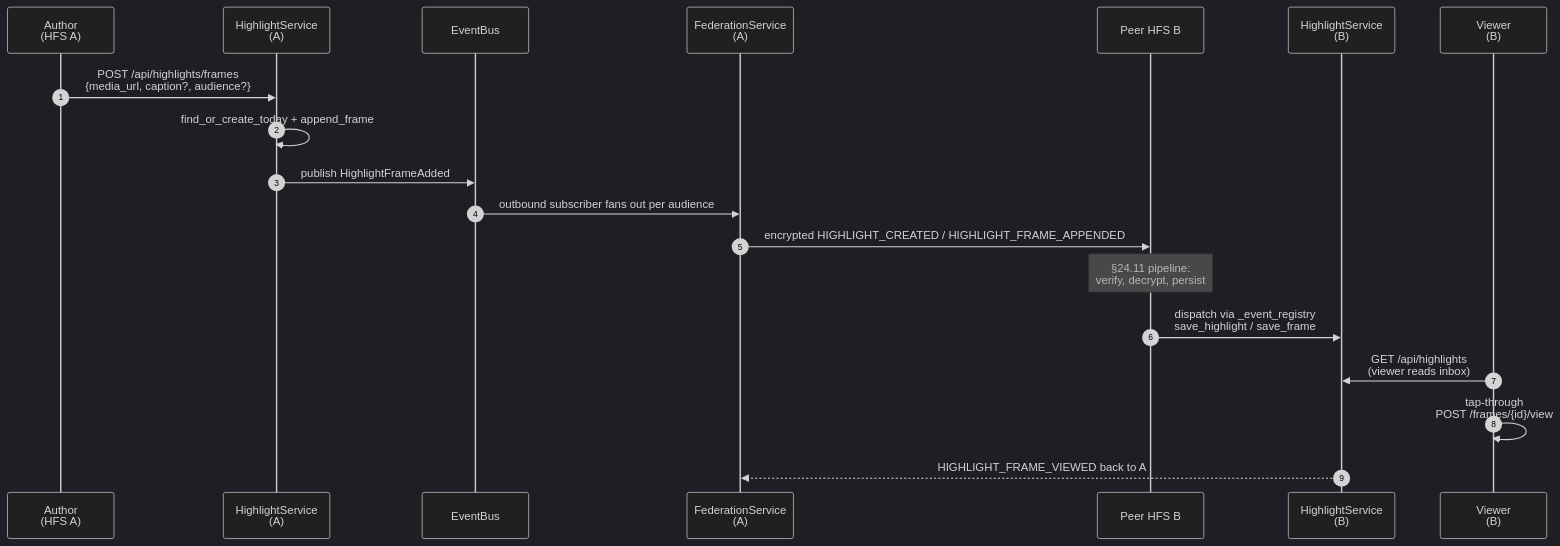
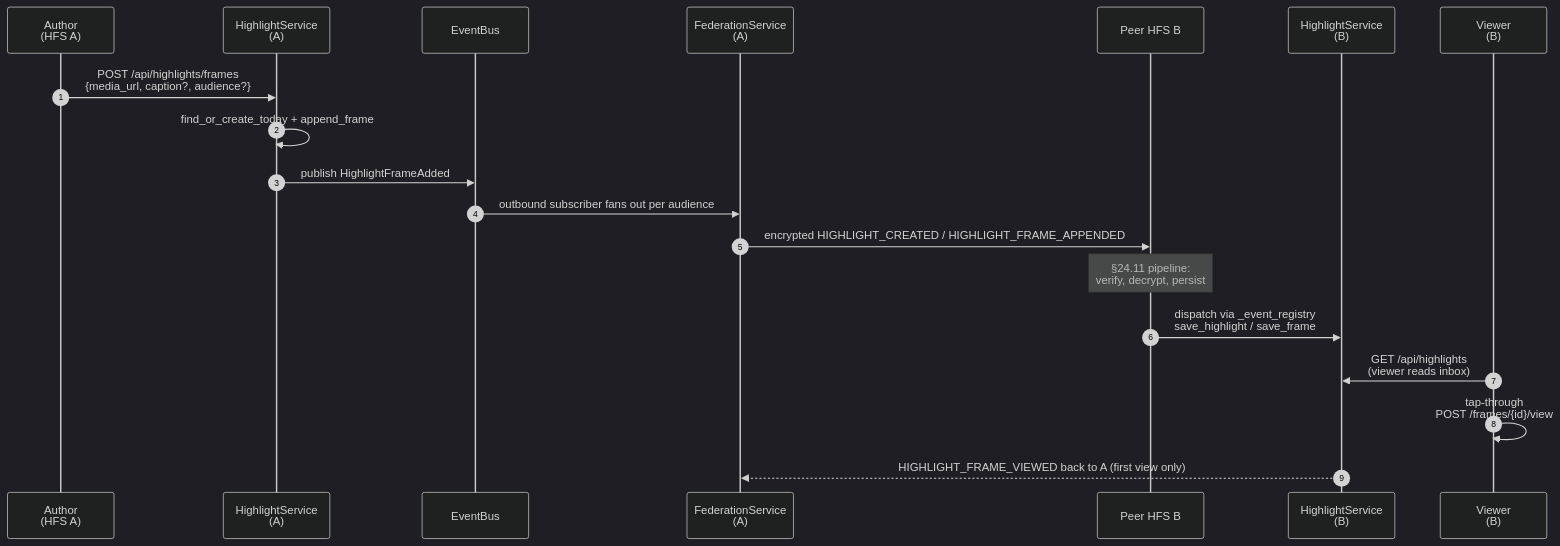
The diagram in docs/protocol/highlights.md (social-home-io/socialhome), drawn with Mermaid (dark theme) before and after one commit. The commit also changed other lines of this file and 6 other files, not shown here.

First line of the commit message:
Highlights: only the first view of a frame is sent to the author

````diff
--- a/docs/protocol/highlights.md
+++ b/docs/protocol/highlights.md
@@ -57,22 +57,22 @@
 ```mermaid
 sequenceDiagram
     autonumber
     participant U as Author<br/>(HFS A)
     participant SA as HighlightService<br/>(A)
     participant Bus as EventBus
     participant Fed as FederationService<br/>(A)
     participant B as Peer HFS B
     participant SB as HighlightService<br/>(B)
     participant V as Viewer<br/>(B)
 
     U->>SA: POST /api/highlights/frames<br/>{media_url, caption?, audience?}
     SA->>SA: find_or_create_today + append_frame
     SA->>Bus: publish HighlightFrameAdded
     Bus->>Fed: outbound subscriber fans out per audience
     Fed->>B: encrypted HIGHLIGHT_CREATED / HIGHLIGHT_FRAME_APPENDED
     Note over B: §24.11 pipeline:<br/>verify, decrypt, persist
     B->>SB: dispatch via _event_registry<br/>save_highlight / save_frame
     V->>SB: GET /api/highlights<br/>(viewer reads inbox)
     V->>V: tap-through<br/>POST /frames/{id}/view
-    SB-->>Fed: HIGHLIGHT_FRAME_VIEWED back to A
+    SB-->>Fed: HIGHLIGHT_FRAME_VIEWED back to A (first view only)
 ```
````
